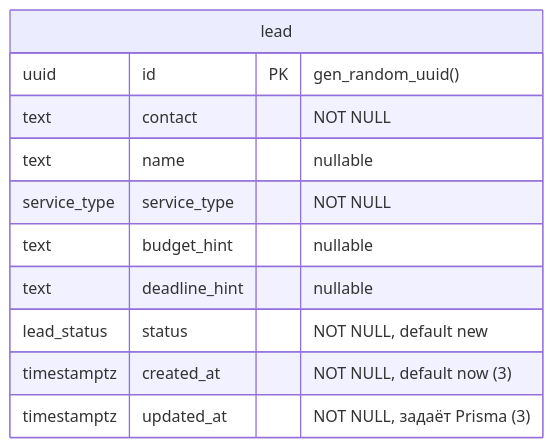
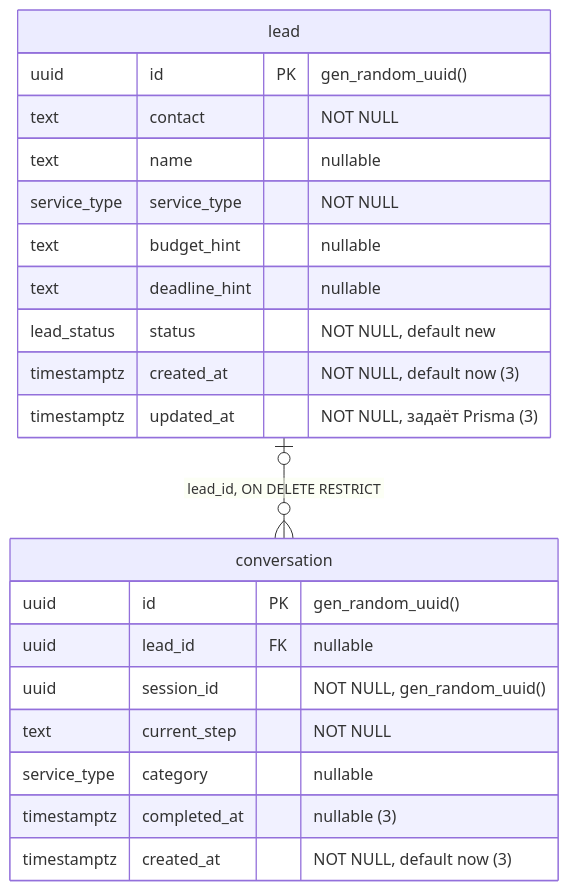
Before and after one commit to palmiralab/palmira-lab: the first of 2 diagrams in docs/database.md, drawn with Mermaid. The commit also changed other lines of this file and 4 other files, not shown here.

Commit message:
feat: сущность conversation и миграция, обновлена ER-схема

````diff
--- a/docs/database.md
+++ b/docs/database.md
@@ -12,14 +12,25 @@
 ```mermaid
 erDiagram
+    lead |o--o{ conversation : "lead_id, ON DELETE RESTRICT"
+
     lead {
         uuid id PK "gen_random_uuid()"
         text contact "NOT NULL"
         text name "nullable"
         service_type service_type "NOT NULL"
         text budget_hint "nullable"
         text deadline_hint "nullable"
         lead_status status "NOT NULL, default new"
         timestamptz created_at "NOT NULL, default now (3)"
         timestamptz updated_at "NOT NULL, задаёт Prisma (3)"
     }
+    conversation {
+        uuid id PK "gen_random_uuid()"
+        uuid lead_id FK "nullable"
+        uuid session_id "NOT NULL, gen_random_uuid()"
+        text current_step "NOT NULL"
+        service_type category "nullable"
+        timestamptz completed_at "nullable (3)"
+        timestamptz created_at "NOT NULL, default now (3)"
+    }
 ```
````
